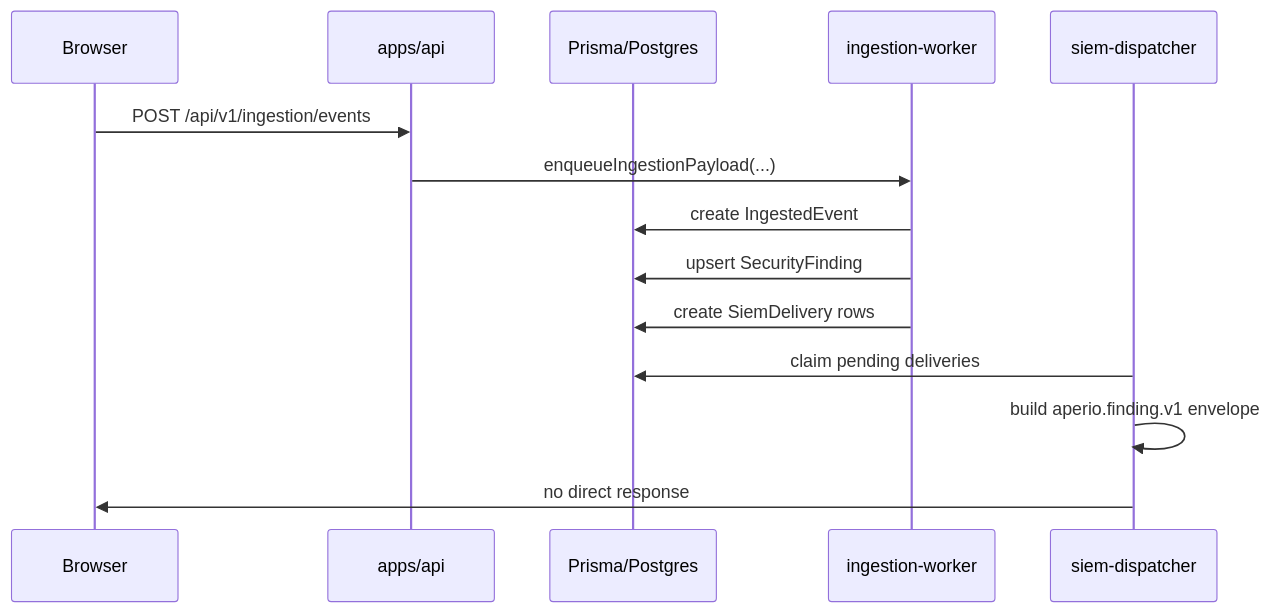
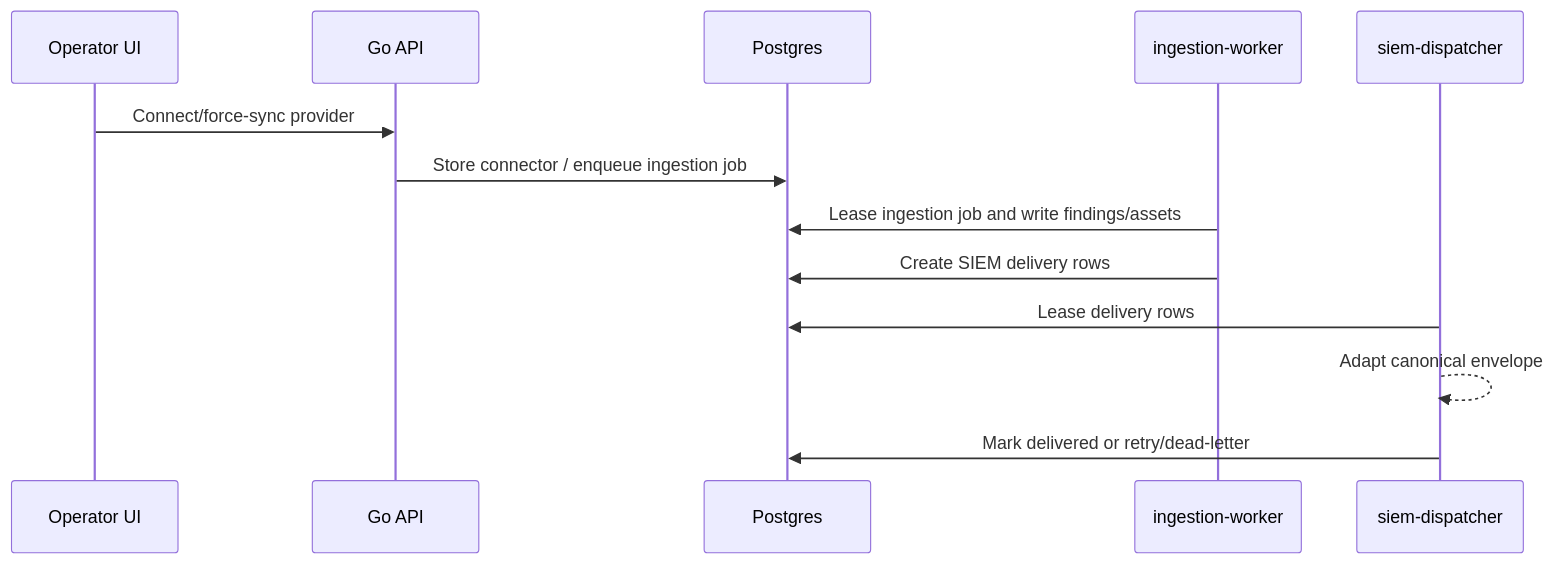
Before and after one commit to writer/Aperio: the second of 2 diagrams in droid-wiki/overview/architecture.md, drawn with Mermaid. The commit also changed other lines of this file and 31 other files, not shown here.

````diff
--- a/droid-wiki/overview/architecture.md
+++ b/droid-wiki/overview/architecture.md
@@ -24,17 +21,16 @@
 ```mermaid
 sequenceDiagram
-  participant Browser
-  participant API as apps/api
-  participant DB as Prisma/Postgres
+  participant UI as Operator UI
+  participant API as Go API
+  participant DB as Postgres
   participant Worker as ingestion-worker
-  participant Dispatcher as siem-dispatcher
+  participant SIEM as siem-dispatcher
 
-  Browser->>API: POST /api/v1/ingestion/events
-  API->>Worker: enqueueIngestionPayload(...)
-  Worker->>DB: create IngestedEvent
-  Worker->>DB: upsert SecurityFinding
-  Worker->>DB: create SiemDelivery rows
-  Dispatcher->>DB: claim pending deliveries
-  Dispatcher->>Dispatcher: build aperio.finding.v1 envelope
-  Dispatcher->>Browser: no direct response
+  UI->>API: Connect/force-sync provider
+  API->>DB: Store connector / enqueue ingestion job
+  Worker->>DB: Lease ingestion job and write findings/assets
+  Worker->>DB: Create SIEM delivery rows
+  SIEM->>DB: Lease delivery rows
+  SIEM-->>SIEM: Adapt canonical envelope
+  SIEM->>DB: Mark delivered or retry/dead-letter
 ```
````
